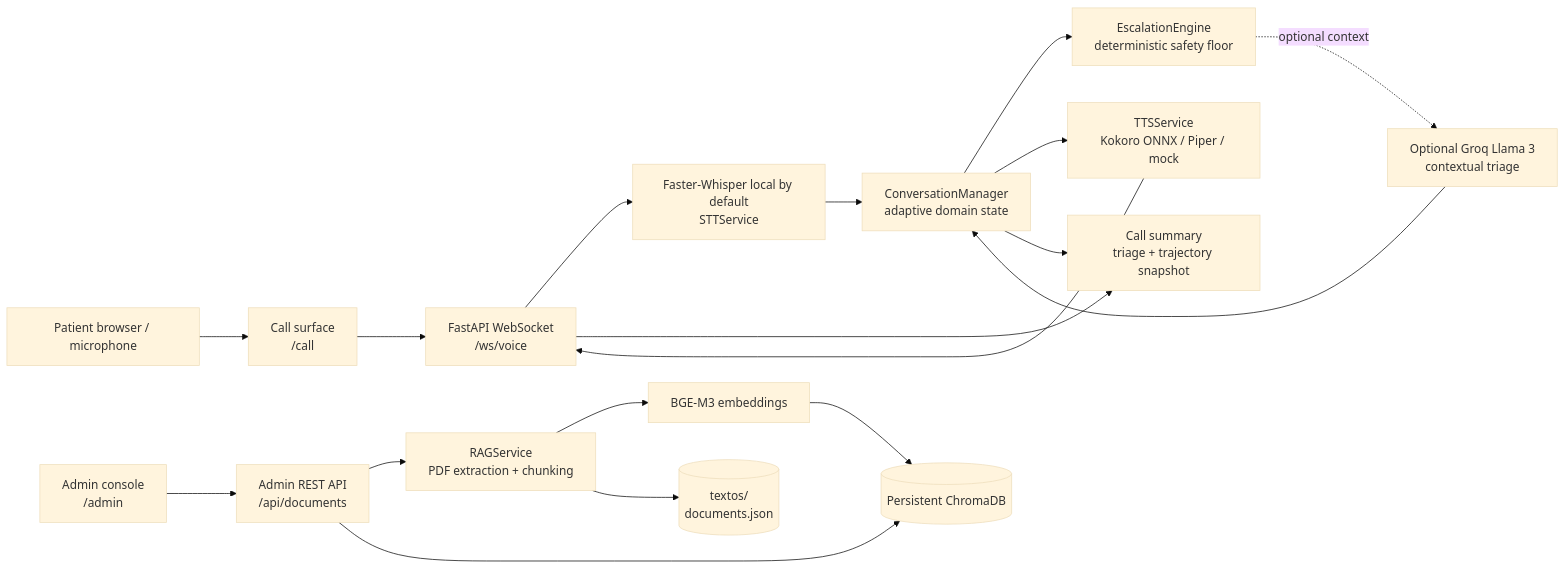
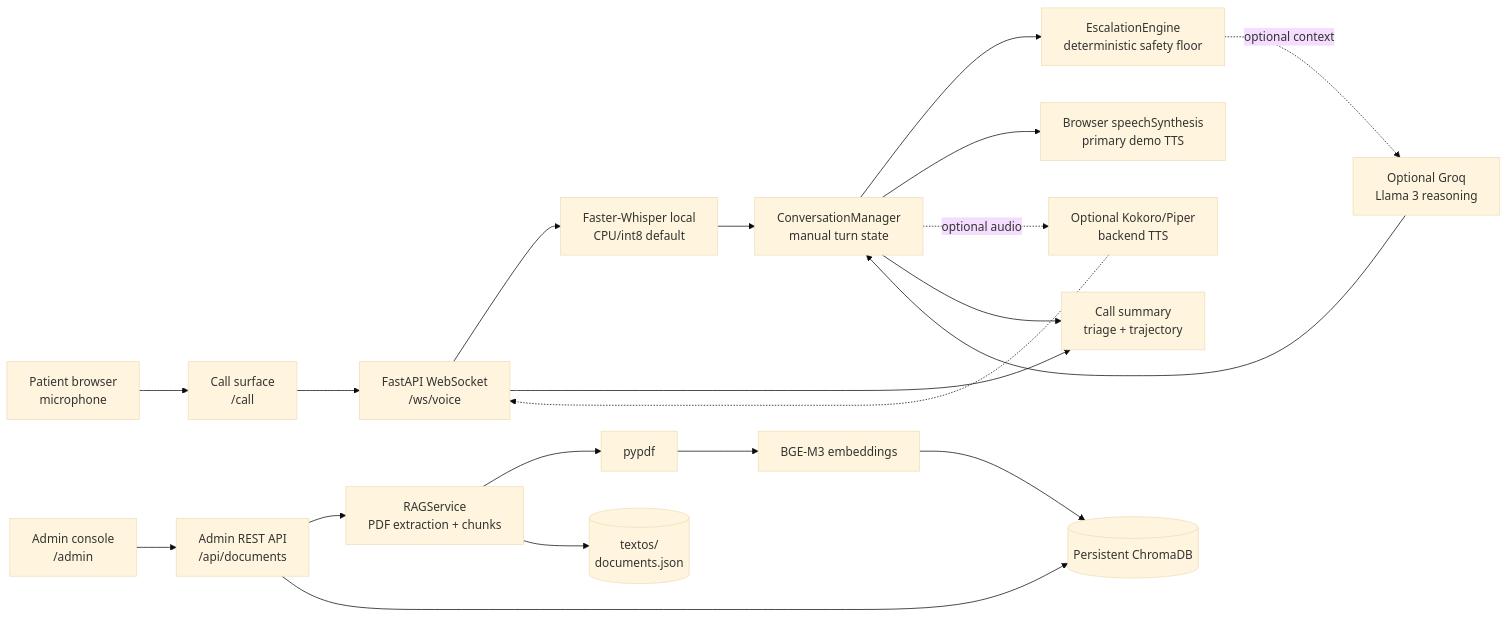
The diagram in ARCHITECTURE_DIAGRAM.md (mauriciorojassan/postop-voice-agent), drawn with Mermaid (base theme) before and after one commit. The commit also changed other lines of this file and 3 other files, not shown here.

````diff
--- a/ARCHITECTURE_DIAGRAM.md
+++ b/ARCHITECTURE_DIAGRAM.md
@@ -5,33 +5,36 @@
 ```mermaid
 flowchart LR
-    Patient[Patient browser / microphone]
-    Call[Call surface\n/call]
-    WS[FastAPI WebSocket\n/ws/voice]
-    STT[Faster-Whisper local by default\nSTTService]
-    Conv[ConversationManager\nadaptive domain state]
-    Safety[EscalationEngine\ndeterministic safety floor]
-    LLM[Optional Groq Llama 3\ncontextual triage]
-    TTS[TTSService\nKokoro ONNX / Piper / mock]
-    Summary[Call summary\ntriage + trajectory snapshot]
+    Patient[Patient browser<br/>microphone]
+    Call[Call surface<br/>/call]
+    Speech[Browser speechSynthesis<br/>primary demo TTS]
+    WS[FastAPI WebSocket<br/>/ws/voice]
+    STT[Faster-Whisper local<br/>CPU/int8 default]
+    Conv[ConversationManager<br/>manual turn state]
+    Safety[EscalationEngine<br/>deterministic safety floor]
+    Groq[Optional Groq<br/>Llama 3 reasoning]
+    BackendTTS[Optional Kokoro/Piper<br/>backend TTS]
+    Summary[Call summary<br/>triage + trajectory]
 
-    Admin[Admin console\n/admin]
-    API[Admin REST API\n/api/documents]
-    RAG[RAGService\nPDF extraction + chunking]
+    Admin[Admin console<br/>/admin]
+    API[Admin REST API<br/>/api/documents]
+    RAG[RAGService<br/>PDF extraction + chunks]
+    PDF[pypdf]
     Embed[BGE-M3 embeddings]
     Chroma[(Persistent ChromaDB)]
-    Files[(textos/\ndocuments.json)]
+    Registry[(textos/<br/>documents.json)]
 
     Patient --> Call --> WS
     WS --> STT --> Conv
     Conv --> Safety
-    Safety -. optional context .-> LLM
-    LLM --> Conv
-    Conv --> TTS --> WS
+    Safety -. optional context .-> Groq
+    Groq --> Conv
+    Conv --> Speech
+    Conv -. optional audio .-> BackendTTS -.-> WS
     Conv --> Summary
     WS --> Summary
 
     Admin --> API --> RAG
-    RAG --> Embed --> Chroma
-    RAG --> Files
+    RAG --> PDF --> Embed --> Chroma
+    RAG --> Registry
     API --> Chroma
 ```
````
